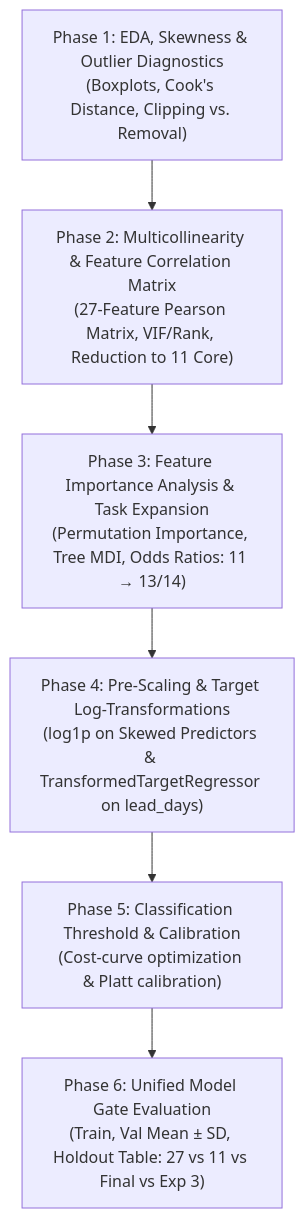
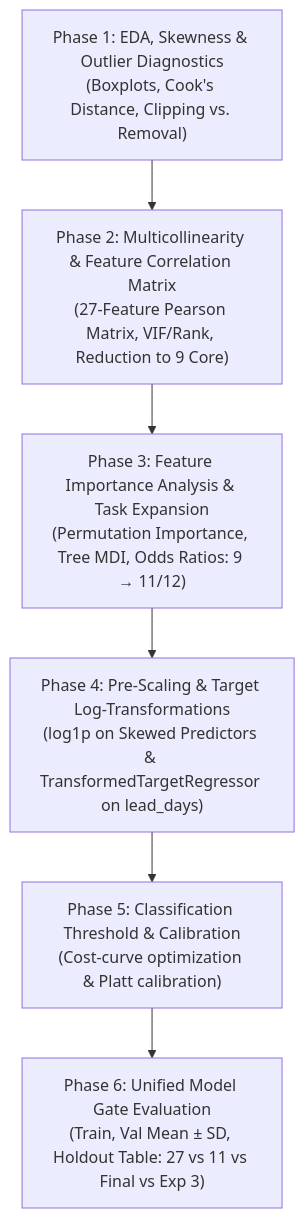
Before and after one commit to wuqianzong/Team11_IT5006_Ecommerce_Analytics_AY2627Sem1: the diagram in experiments/experiment_3/PLAN.md, drawn with Mermaid. The commit also changed other lines of this file and 59 other files, not shown here.

````diff
--- a/experiments/experiment_3/PLAN.md
+++ b/experiments/experiment_3/PLAN.md
@@ -54,8 +54,8 @@
 ```mermaid
 flowchart TD
-    P1["Phase 1: EDA, Skewness & Outlier Diagnostics<br/>(Boxplots, Cook's Distance, Clipping vs. Removal)"] --> P2["Phase 2: Multicollinearity & Feature Correlation Matrix<br/>(27-Feature Pearson Matrix, VIF/Rank, Reduction to 11 Core)"]
-    P2 --> P3["Phase 3: Feature Importance Analysis & Task Expansion<br/>(Permutation Importance, Tree MDI, Odds Ratios: 11 → 13/14)"]
+    P1["Phase 1: EDA, Skewness & Outlier Diagnostics<br/>(Boxplots, Cook's Distance, Clipping vs. Removal)"] --> P2["Phase 2: Multicollinearity & Feature Correlation Matrix<br/>(27-Feature Pearson Matrix, VIF/Rank, Reduction to 9 Core)"]
+    P2 --> P3["Phase 3: Feature Importance Analysis & Task Expansion<br/>(Permutation Importance, Tree MDI, Odds Ratios: 9 → 11/12)"]
     P3 --> P4["Phase 4: Pre-Scaling & Target Log-Transformations<br/>(log1p on Skewed Predictors & TransformedTargetRegressor on lead_days)"]
     P4 --> P5["Phase 5: Classification Threshold & Calibration<br/>(Cost-curve optimization & Platt calibration)"]
     P5 --> P6["Phase 6: Unified Model Gate Evaluation<br/>(Train, Val Mean ± SD, Holdout Table: 27 vs 11 vs Final vs Exp 3)"]
 ```
````
